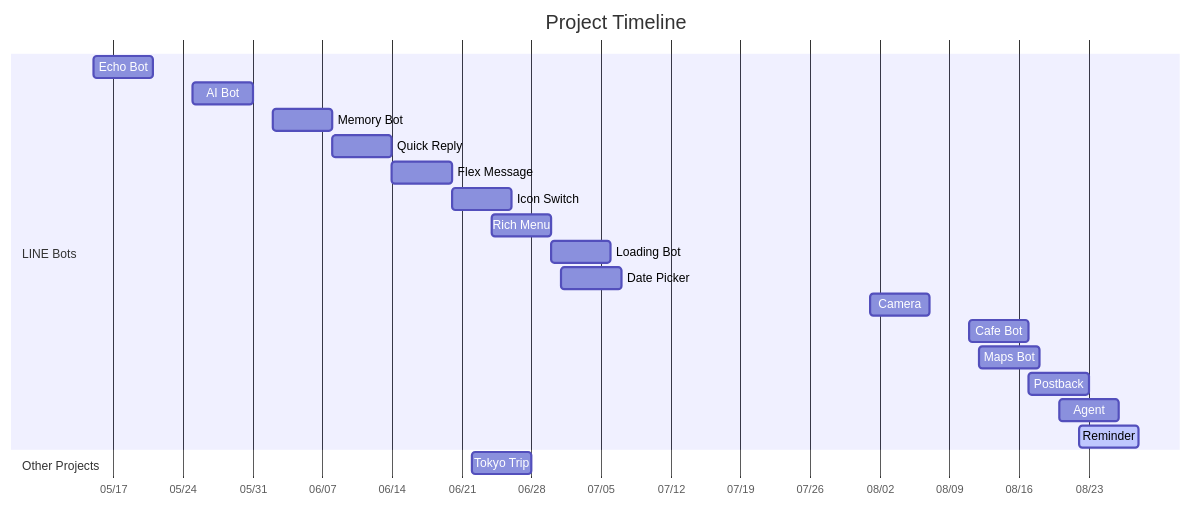
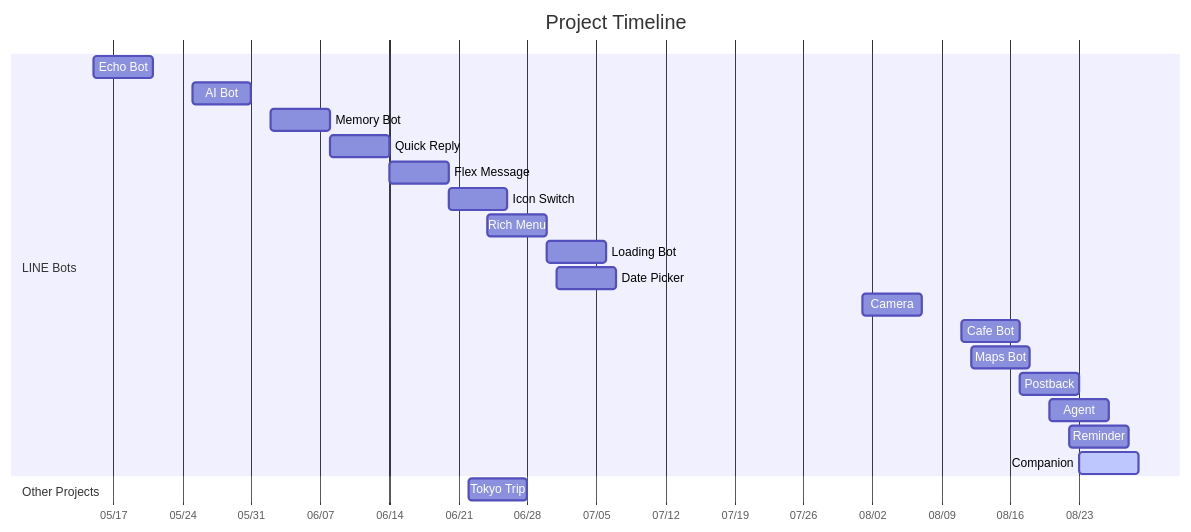
The diagram in README.md (zonawang/zona-ai-learning-lab), drawn with Mermaid before and after one commit. The commit also changed other lines of this file, not shown here.

Commit message:
docs: add Cafe Companion learning milestone

````diff
--- a/README.md
+++ b/README.md
@@ -11,26 +11,27 @@
 ```mermaid
 gantt
     title Project Timeline
     dateFormat YYYY-MM-DD
     axisFormat %m/%d
 
     section LINE Bots
     Echo Bot      :p1, 2026-05-15, 6d
     AI Bot        :p2, 2026-05-25, 6d
     Memory Bot    :p3, 2026-06-02, 6d
     Quick Reply   :p4, 2026-06-08, 6d
     Flex Message  :p5, 2026-06-14, 6d
     Icon Switch   :p6, 2026-06-20, 6d
     Rich Menu     :p8, 2026-06-24, 6d
     Loading Bot   :p9, 2026-06-30, 6d
     Date Picker   :p10, 2026-07-01, 6d
     Camera        :p11, 2026-08-01, 6d
     Cafe Bot      :p12, 2026-08-11, 6d
     Maps Bot      :p13, 2026-08-12, 6d
     Postback      :p14, 2026-08-17, 6d
     Agent         :p15, 2026-08-20, 6d
-    Reminder      :active, p16, 2026-08-22, 6d
+    Reminder      :p16, 2026-08-22, 6d
+    Companion     :active, p17, 2026-08-23, 6d
 
     section Other Projects
     Tokyo Trip    :p7, 2026-06-22, 6d
 ```
````
